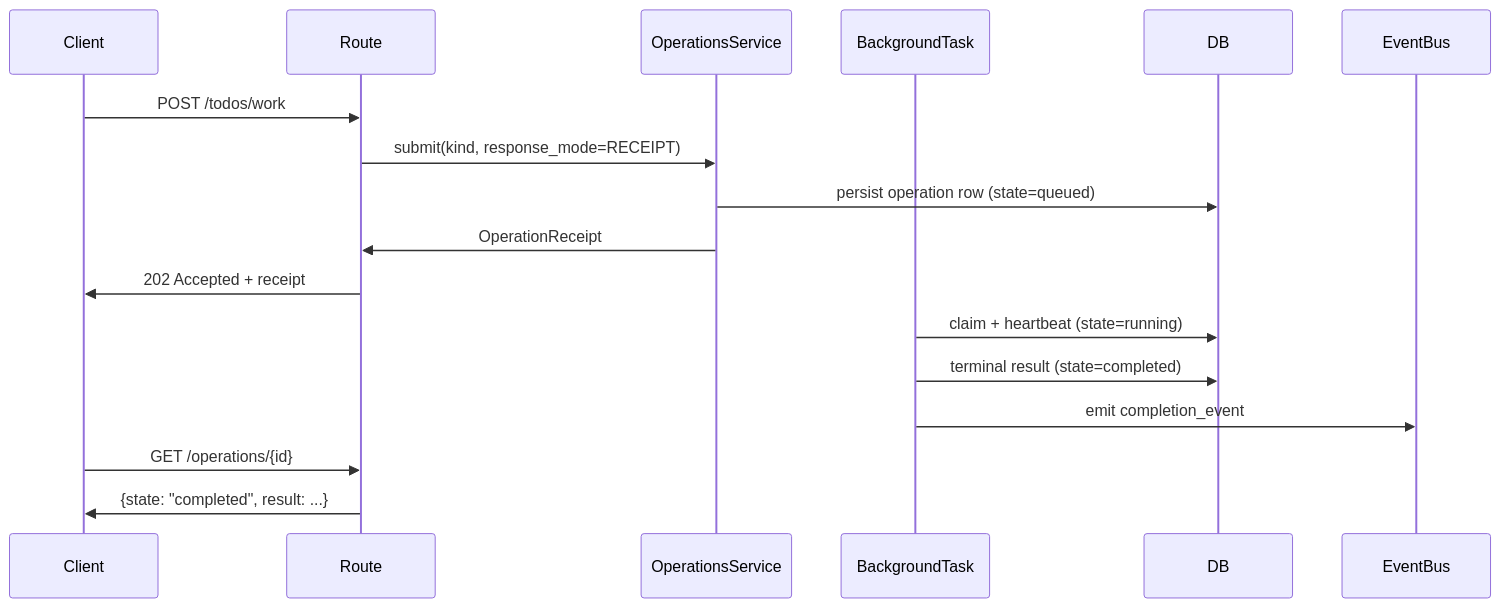
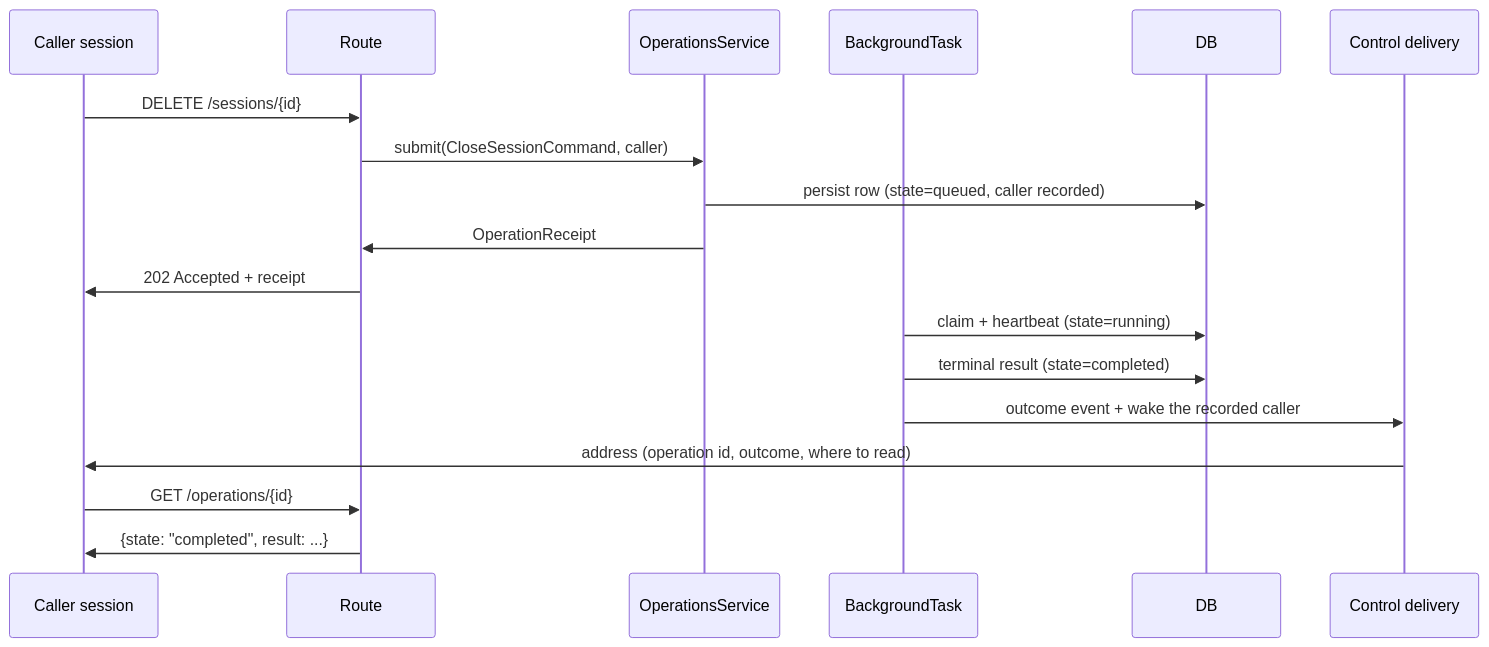
The third of 4 diagrams in docs/project/design/architecture/command-classification.md (InstruktAI/TeleClaude), drawn with Mermaid before and after one commit. The commit also changed other lines of this file and 9 other files, not shown here.

Commit message:
chore(docs): reconcile lifecycle markers for no-async-work-without-a-receipt

````diff
--- a/docs/project/design/architecture/command-classification.md
+++ b/docs/project/design/architecture/command-classification.md
@@ -203,20 +191,21 @@
 ```mermaid
 sequenceDiagram
-    participant Client
+    participant Caller as Caller session
     participant Route
     participant OperationsService
     participant BackgroundTask
     participant DB
-    participant EventBus
+    participant Delivery as Control delivery
 
-    Client->>Route: POST /todos/work
-    Route->>OperationsService: submit(kind, response_mode=RECEIPT)
-    OperationsService->>DB: persist operation row (state=queued)
+    Caller->>Route: DELETE /sessions/{id}
+    Route->>OperationsService: submit(CloseSessionCommand, caller)
+    OperationsService->>DB: persist row (state=queued, caller recorded)
     OperationsService->>Route: OperationReceipt
-    Route->>Client: 202 Accepted + receipt
+    Route->>Caller: 202 Accepted + receipt
     BackgroundTask->>DB: claim + heartbeat (state=running)
     BackgroundTask->>DB: terminal result (state=completed)
-    BackgroundTask->>EventBus: emit completion_event
-    Client->>Route: GET /operations/{id}
-    Route->>Client: {state: "completed", result: ...}
+    BackgroundTask->>Delivery: outcome event + wake the recorded caller
+    Delivery->>Caller: address (operation id, outcome, where to read)
+    Caller->>Route: GET /operations/{id}
+    Route->>Caller: {state: "completed", result: ...}
 ```
````
